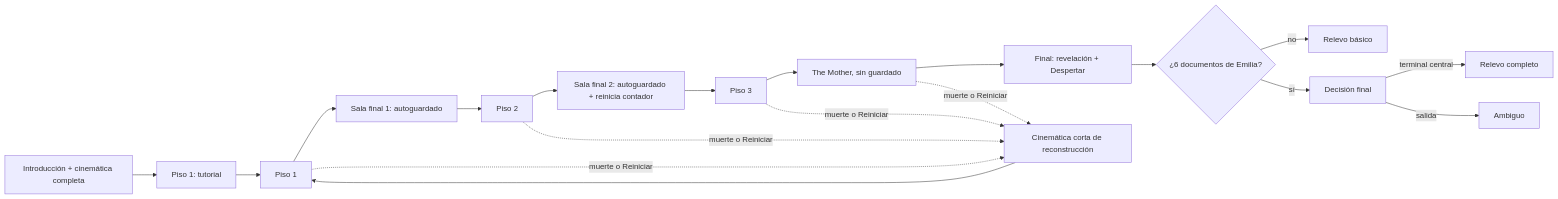
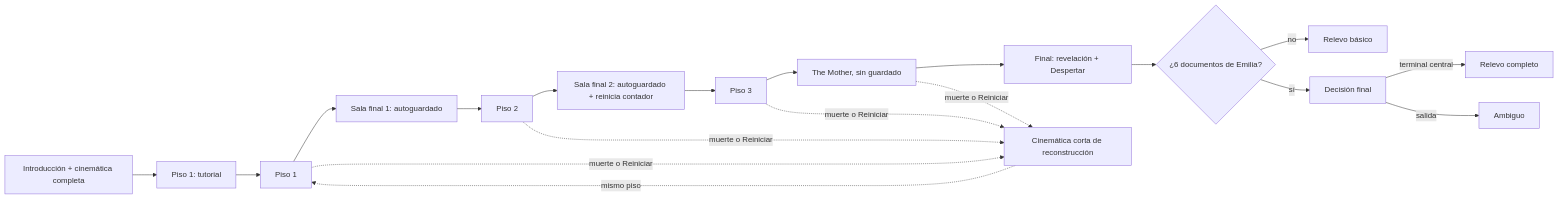
One commit to ChristianC720/survivalHorror-Demo changed the diagram in GDD/02 - Diseño/05 - Progresión.md. Above: the diagram before and after it, drawn with Mermaid. The commit also changed other lines of this file and 17 other files, not shown here.

````diff
--- a/GDD/02 - Diseño/05 - Progresión.md
+++ b/GDD/02 - Diseño/05 - Progresión.md
@@ -39,18 +39,18 @@
 ```mermaid
 flowchart LR
     I[Introducción + cinemática completa] --> T[Piso 1: tutorial]
     T --> P1[Piso 1]
     P1 --> F1[Sala final 1: autoguardado]
     F1 --> P2[Piso 2]
     P2 --> F2[Sala final 2: autoguardado + reinicia contador]
     F2 --> P3[Piso 3]
     P3 --> M[The Mother, sin guardado]
     M --> F[Final: revelación + Despertar]
     F --> DOC{¿6 documentos de Emilia?}
     DOC -- no --> RB[Relevo básico]
     DOC -- sí --> DF[Decisión final]
     DF -- terminal central --> RC[Relevo completo]
     DF -- salida --> AM[Ambiguo]
     P1 & P2 & P3 & M -. muerte o Reiniciar .-> R[Cinemática corta de reconstrucción]
-    R --> P1
+    R -. mismo piso .-> P1
 ```
````
